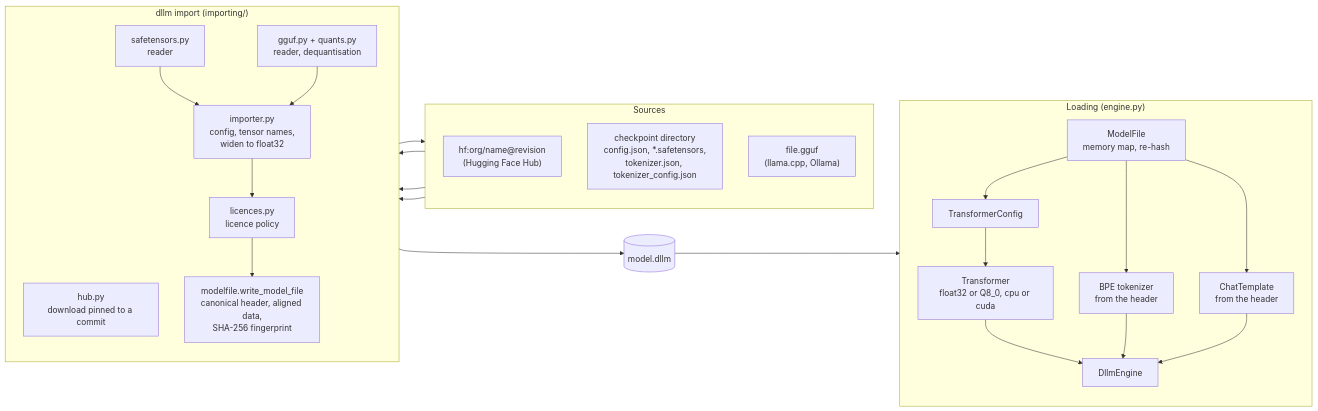
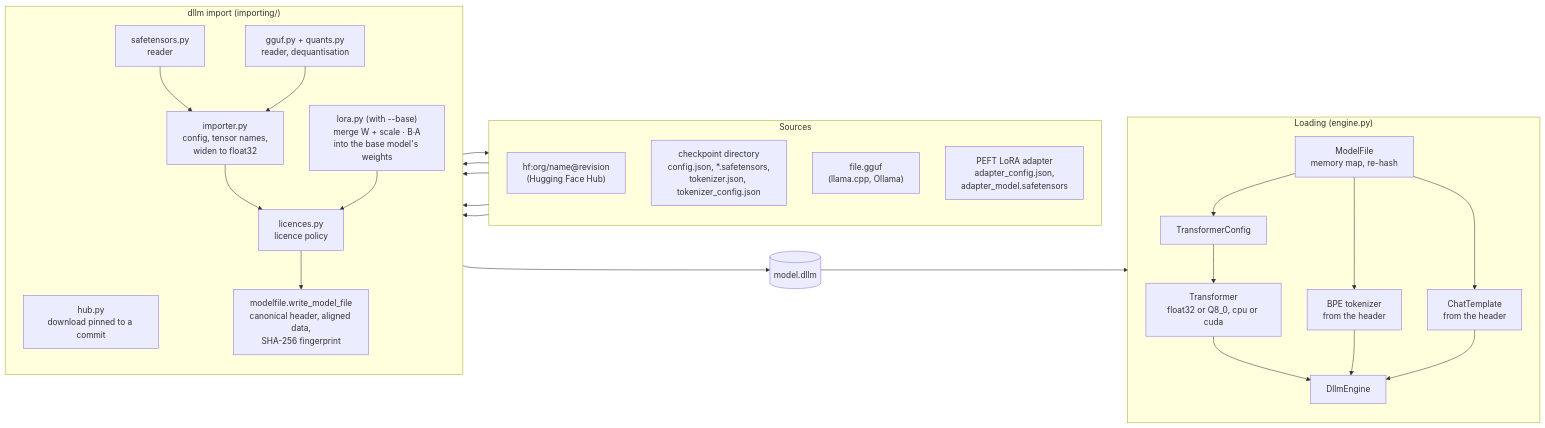
Before and after one commit to vrenken/etalii.dllm: the first of 4 diagrams in docs/architecture/models.md, drawn with Mermaid. The commit also changed other lines of this file and 4 other files, not shown here.

First line of the commit message:
Architecture docs: Qwen3 and LoRA

````diff
--- a/docs/architecture/models.md
+++ b/docs/architecture/models.md
@@ -11,40 +11,43 @@
 ```mermaid
 flowchart LR
     subgraph sources["Sources"]
         direction TB
         hf["hf:org/name@revision<br/>(Hugging Face Hub)"]
         dir["checkpoint directory<br/>config.json, *.safetensors,<br/>tokenizer.json, tokenizer_config.json"]
         gguf["file.gguf<br/>(llama.cpp, Ollama)"]
+        peft["PEFT LoRA adapter<br/>adapter_config.json,<br/>adapter_model.safetensors"]
     end
 
     subgraph imp["dllm import (importing/)"]
         direction TB
         hub["hub.py<br/>download pinned to a commit"]
         st["safetensors.py<br/>reader"]
         gg["gguf.py + quants.py<br/>reader, dequantisation"]
         conv["importer.py<br/>config, tensor names,<br/>widen to float32"]
+        lora["lora.py (with --base)<br/>merge W + scale · B·A<br/>into the base model's weights"]
         lic["licences.py<br/>licence policy"]
         write["modelfile.write_model_file<br/>canonical header, aligned data,<br/>SHA-256 fingerprint"]
     end
 
     file[("model.dllm")]
 
     subgraph run["Loading (engine.py)"]
         direction TB
         mf["ModelFile<br/>memory map, re-hash"]
         cfg["TransformerConfig"]
         tok["BPE tokenizer<br/>from the header"]
         tmpl["ChatTemplate<br/>from the header"]
         tr["Transformer<br/>float32 or Q8_0, cpu or cuda"]
         eng["DllmEngine"]
     end
 
     hf --> hub --> dir
     dir --> st --> conv
     gguf --> gg --> conv
     conv --> lic --> write --> file
+    peft --> lora --> lic
     file --> mf
     mf --> cfg & tok & tmpl
     cfg --> tr
     tr & tok & tmpl --> eng
 ```
````
